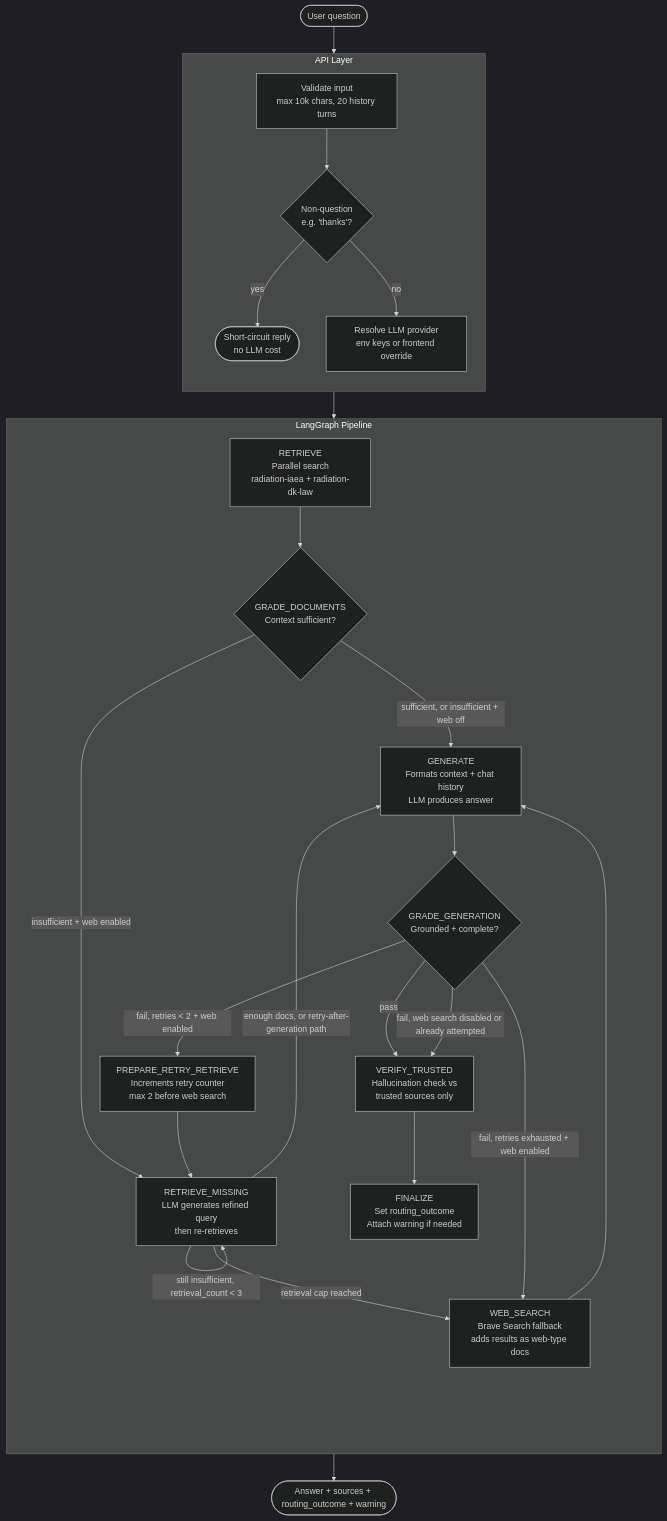
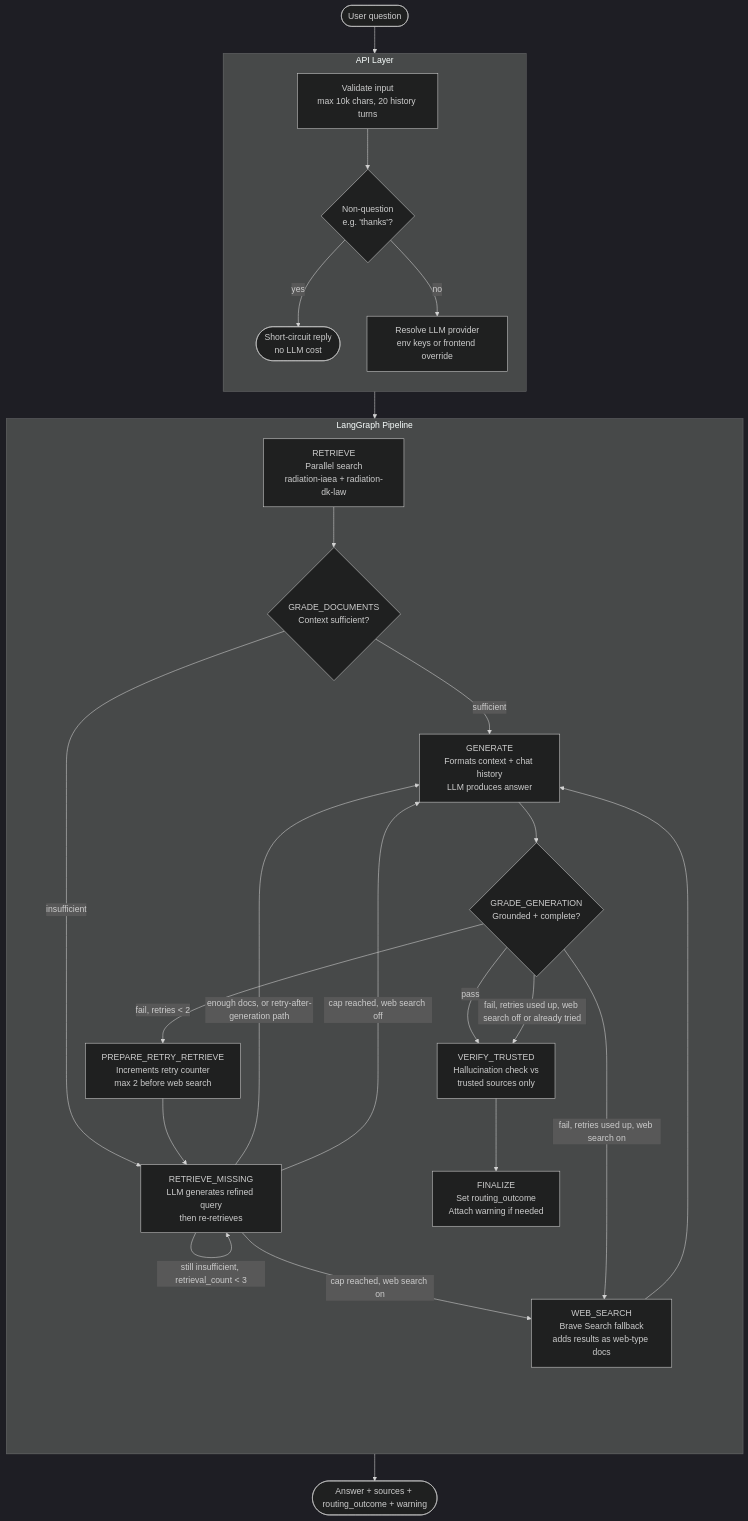
Before and after one commit to eikrad/Radiationsafety: the second of 6 diagrams in docs/architecture.md, drawn with Mermaid (dark theme). The commit also changed other lines of this file and 4 other files, not shown here.

First line of the commit message:
docs: match the query-flow diagrams to the graph routing (database loop runs without web search)

````diff
--- a/docs/architecture.md
+++ b/docs/architecture.md
@@ -33,46 +33,47 @@
 ```mermaid
 flowchart TD
     Q([User question]) --> API
 
     subgraph API [API Layer]
         direction TB
         V[Validate input\nmax 10k chars, 20 history turns]
         NC{Non-question\ne.g. 'thanks'?}
         RES[Resolve LLM provider\nenv keys or frontend override]
         V --> NC
         NC -->|yes| SC([Short-circuit reply\nno LLM cost])
         NC -->|no| RES
     end
 
     RES --> GRAPH
 
     subgraph GRAPH [LangGraph Pipeline]
         direction TB
         R[RETRIEVE\nParallel search\nradiation-iaea + radiation-dk-law]
         GD{GRADE_DOCUMENTS\nContext sufficient?}
         RM[RETRIEVE_MISSING\nLLM generates refined query\nthen re-retrieves]
         WS[WEB_SEARCH\nBrave Search fallback\nadds results as web-type docs]
         GEN[GENERATE\nFormats context + chat history\nLLM produces answer]
         GG{GRADE_GENERATION\nGrounded + complete?}
         PRR[PREPARE_RETRY_RETRIEVE\nIncrements retry counter\nmax 2 before web search]
         VT[VERIFY_TRUSTED\nHallucination check vs\ntrusted sources only]
         FIN[FINALIZE\nSet routing_outcome\nAttach warning if needed]
 
         R --> GD
-        GD -->|sufficient, or insufficient + web off| GEN
-        GD -->|insufficient + web enabled| RM
+        GD -->|sufficient| GEN
+        GD -->|insufficient| RM
         RM -->|enough docs, or retry-after-generation path| GEN
         RM -->|"still insufficient, retrieval_count < 3"| RM
-        RM -->|retrieval cap reached| WS
+        RM -->|"cap reached, web search on"| WS
+        RM -->|"cap reached, web search off"| GEN
         WS --> GEN
         GEN --> GG
         GG -->|pass| VT
-        GG -->|fail, retries < 2 + web enabled| PRR
+        GG -->|"fail, retries < 2"| PRR
         PRR --> RM
-        GG -->|fail, retries exhausted + web enabled| WS
-        GG -->|fail, web search disabled or already attempted| VT
+        GG -->|"fail, retries used up, web search on"| WS
+        GG -->|"fail, retries used up, web search off or already tried"| VT
         VT --> FIN
     end
 
     FIN --> ANS([Answer + sources + routing_outcome + warning])
 ```
````
